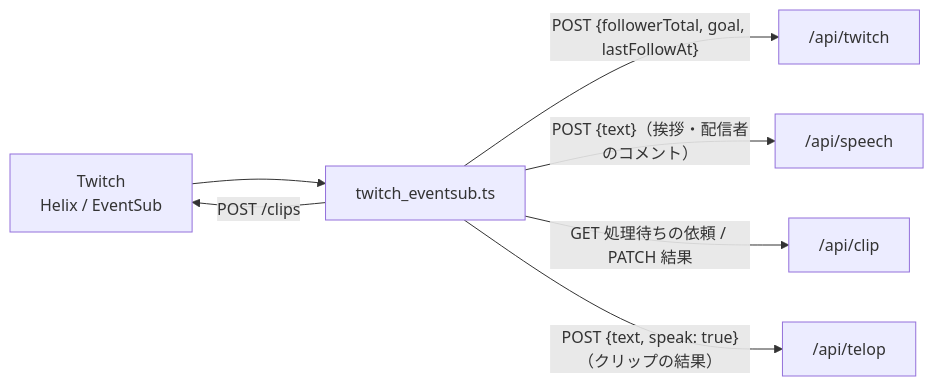
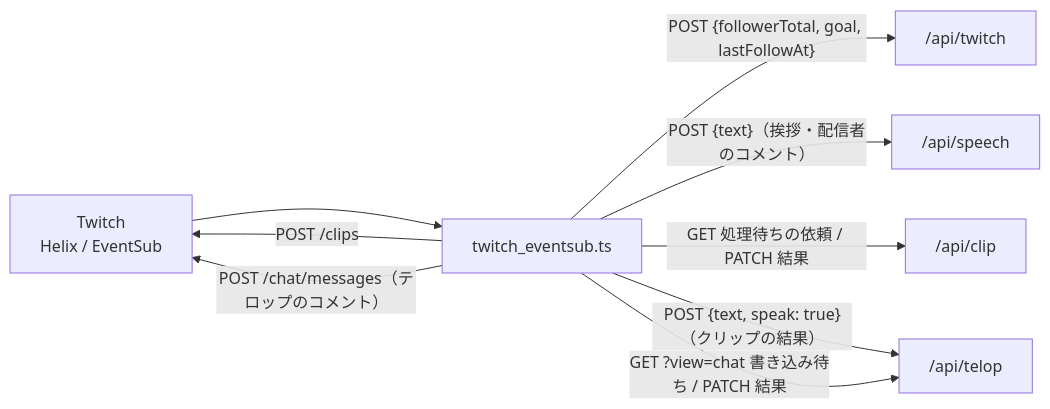
One commit to eddie-splatoon/splatoon-point-counter changed the third of 3 diagrams in README.md. Above: the diagram before and after it, drawn with Mermaid. The commit also changed other lines of this file and 15 other files, not shown here.

````diff
--- a/README.md
+++ b/README.md
@@ -122,9 +124,11 @@
 ```mermaid
 flowchart LR
     TW["Twitch<br/>Helix / EventSub"] --> SCR["twitch_eventsub.ts"]
     SCR -- "POST {followerTotal, goal, lastFollowAt}" --> API["/api/twitch"]
     SCR -- "POST {text}（挨拶・配信者のコメント）" --> SP["/api/speech"]
     SCR -- "GET 処理待ちの依頼 / PATCH 結果" --> CLIP["/api/clip"]
     SCR -- "POST /clips" --> TW
     SCR -- "POST {text, speak: true}（クリップの結果）" --> TELOP["/api/telop"]
+    SCR -- "GET ?view=chat 書き込み待ち / PATCH 結果" --> TELOP
+    SCR -- "POST /chat/messages（テロップのコメント）" --> TW
 ```
````
